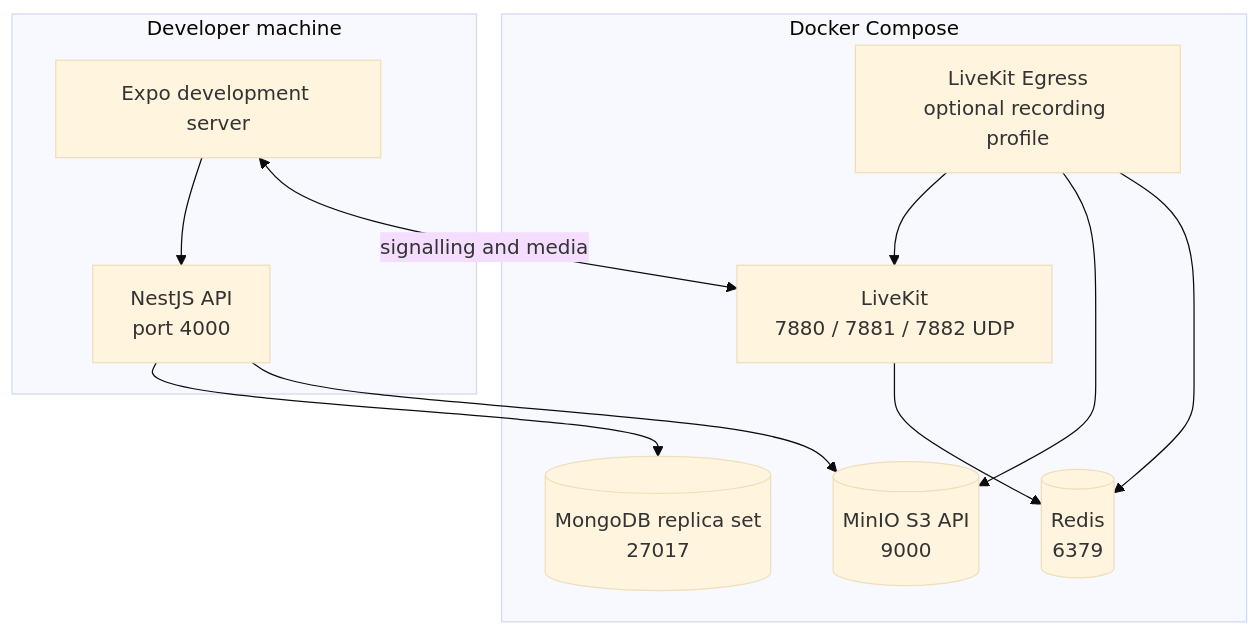
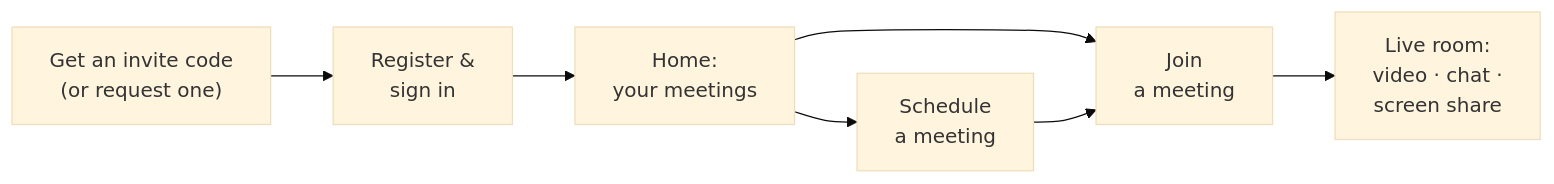
One commit to rashmi06an/Vimarsh- changed the first of 3 diagrams in README.md. Above: the diagram before and after it, drawn with Mermaid (base theme). The commit also changed other lines of this file and 5 other files, not shown here.

````diff
--- a/README.md
+++ b/README.md
@@ -43,22 +22,9 @@
 ```mermaid
-flowchart TB
-    subgraph Host["Developer machine"]
-        API["NestJS API<br/>port 4000"]
-        App["Expo development server"]
-    end
-    subgraph Compose["Docker Compose"]
-        Mongo[("MongoDB replica set<br/>27017")]
-        Redis[("Redis<br/>6379")]
-        LK["LiveKit<br/>7880 / 7881 / 7882 UDP"]
-        Minio[("MinIO S3 API<br/>9000")]
-        Egress["LiveKit Egress<br/>optional recording profile"]
-    end
-    App --> API
-    API --> Mongo
-    API --> Minio
-    App <-->|"signalling and media"| LK
-    LK --> Redis
-    Egress --> LK
-    Egress --> Minio
-    Egress --> Redis
+flowchart LR
+    A["Get an invite code<br/>(or request one)"] --> B["Register &<br/>sign in"]
+    B --> C["Home:<br/>your meetings"]
+    C --> D["Schedule<br/>a meeting"]
+    C --> E["Join<br/>a meeting"]
+    D --> E
+    E --> F["Live room:<br/>video · chat ·<br/>screen share"]
 ```
````
